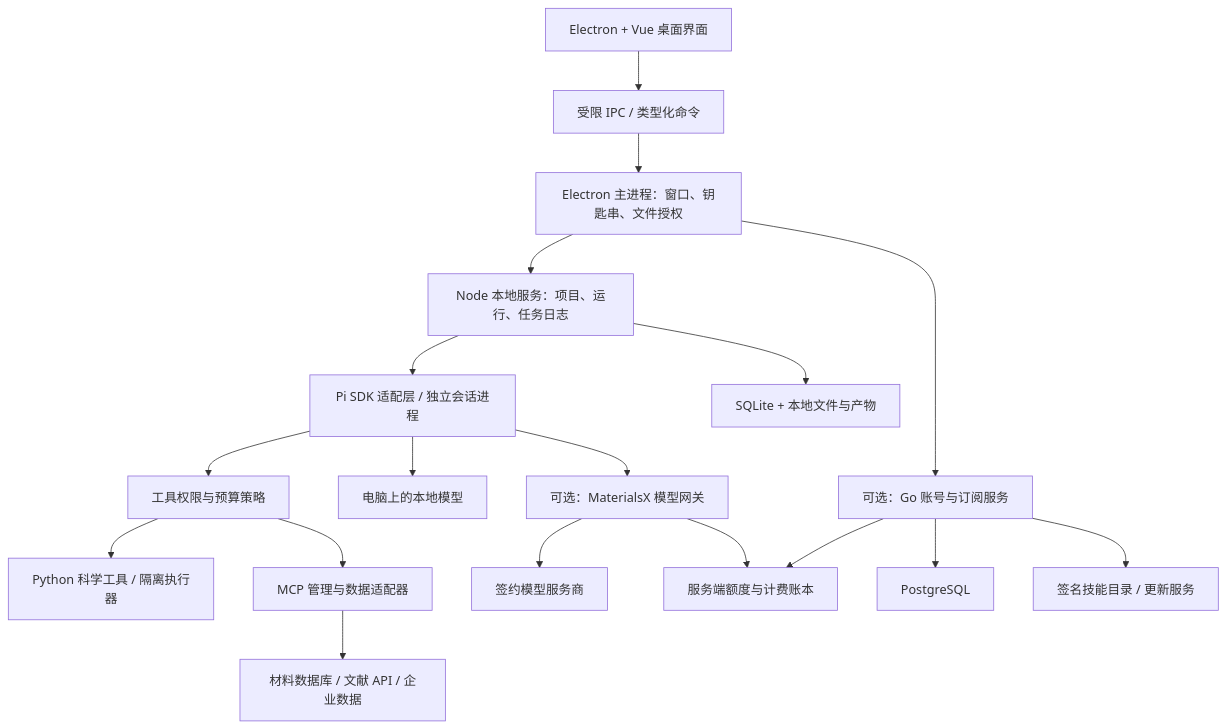
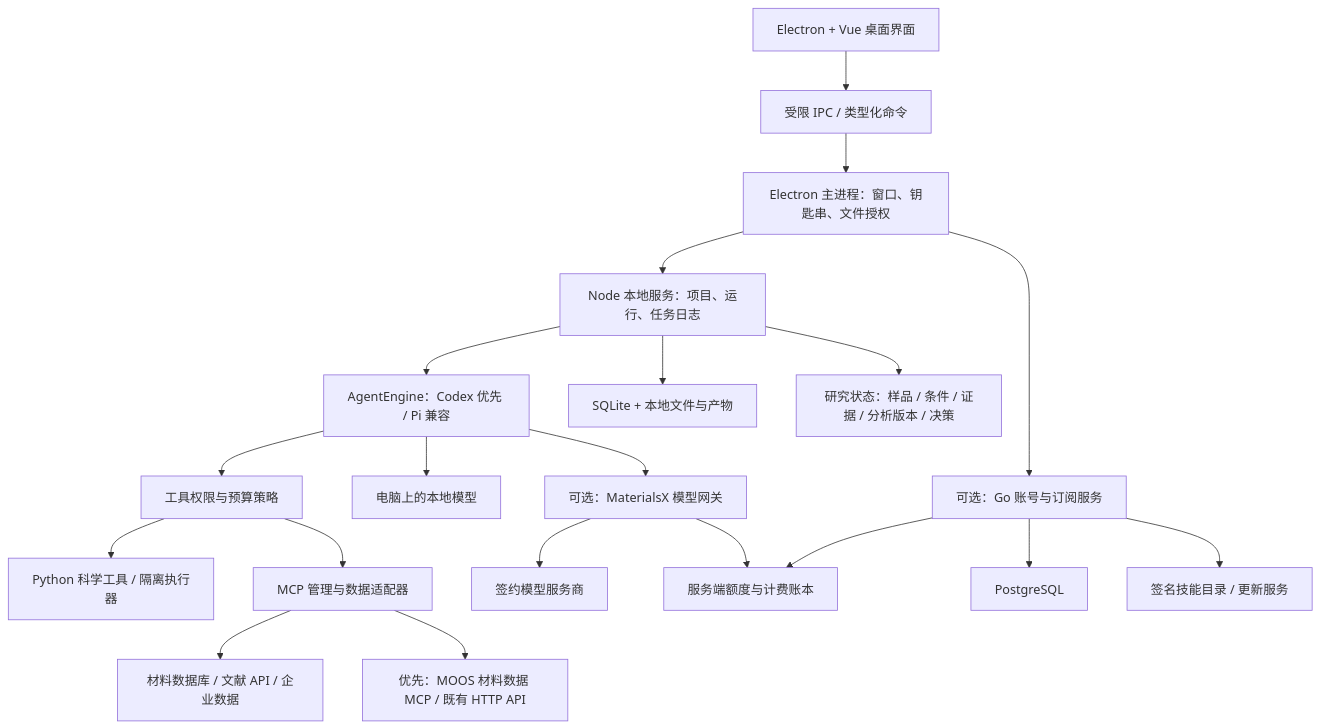
Before and after one commit to materialsx-jlu/MaterialsX: the diagram in docs/DEVELOPMENT_PLAN.md, drawn with Mermaid. The commit also changed other lines of this file and 1427 other files, not shown here.

````diff
--- a/docs/DEVELOPMENT_PLAN.md
+++ b/docs/DEVELOPMENT_PLAN.md
@@ -132,20 +142,22 @@
 ```mermaid
 flowchart TB
   UI[Electron + Vue 桌面界面] --> IPC[受限 IPC / 类型化命令]
   IPC --> HOST[Electron 主进程：窗口、钥匙串、文件授权]
   HOST --> LOCAL[Node 本地服务：项目、运行、任务日志]
-  LOCAL --> PI[Pi SDK 适配层 / 独立会话进程]
+  LOCAL --> PI[AgentEngine：Codex 优先 / Pi 兼容]
   LOCAL --> STORE[SQLite + 本地文件与产物]
   PI --> POLICY[工具权限与预算策略]
   POLICY --> PY[Python 科学工具 / 隔离执行器]
   POLICY --> MCP[MCP 管理与数据适配器]
   PI --> LOCALMODEL[电脑上的本地模型]
   PI --> GATE[可选：MaterialsX 模型网关]
   HOST --> CLOUD[可选：Go 账号与订阅服务]
   GATE --> PROVIDERS[签约模型服务商]
   GATE --> LEDGER[服务端额度与计费账本]
   CLOUD --> LEDGER
   CLOUD --> PG[PostgreSQL]
   CLOUD --> REG[签名技能目录 / 更新服务]
   MCP --> DATA[材料数据库 / 文献 API / 企业数据]
+  MCP --> MOOS[优先：MOOS 材料数据 MCP / 既有 HTTP API]
+  LOCAL --> RESEARCH[研究状态：样品 / 条件 / 证据 / 分析版本 / 决策]
 ```
````
